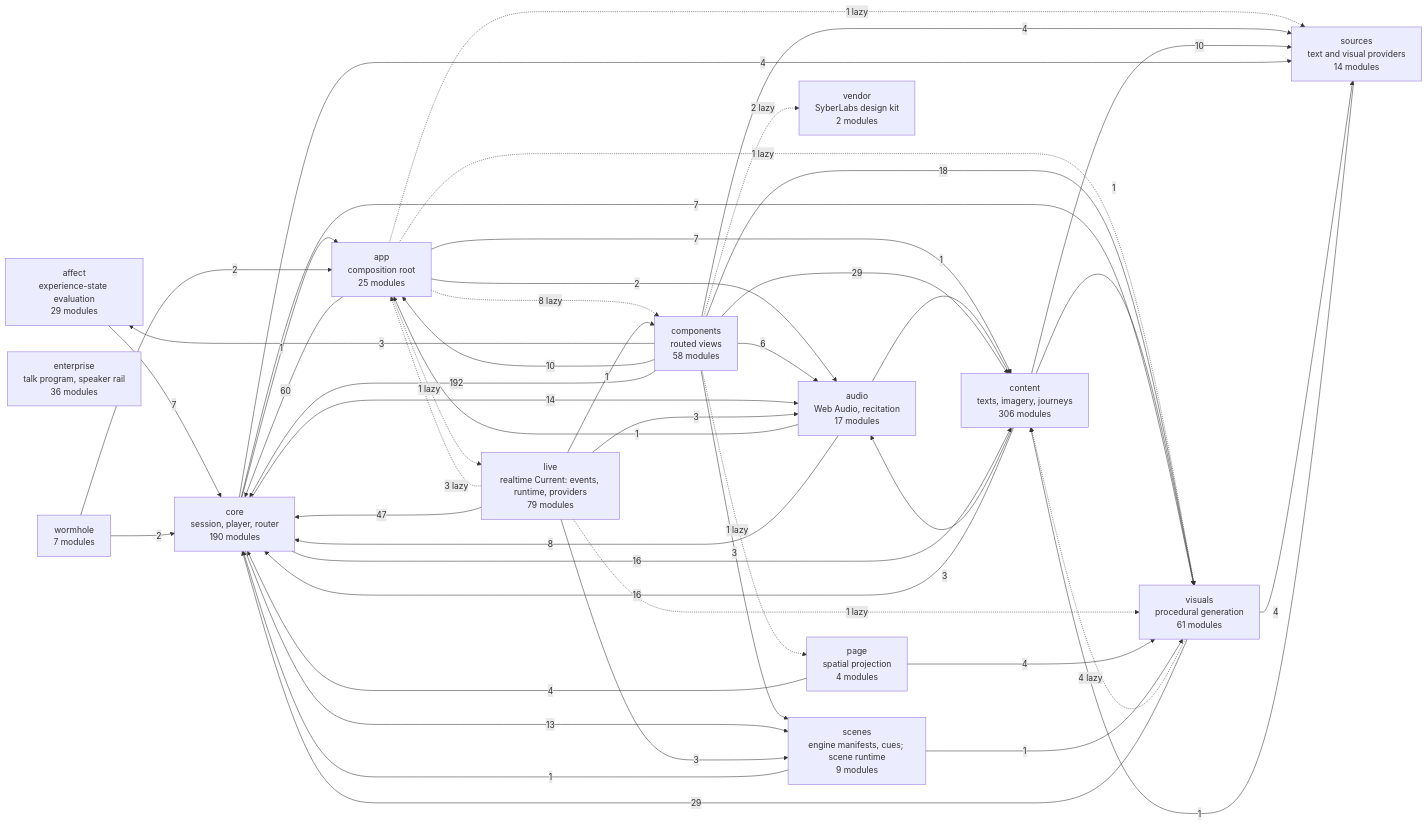
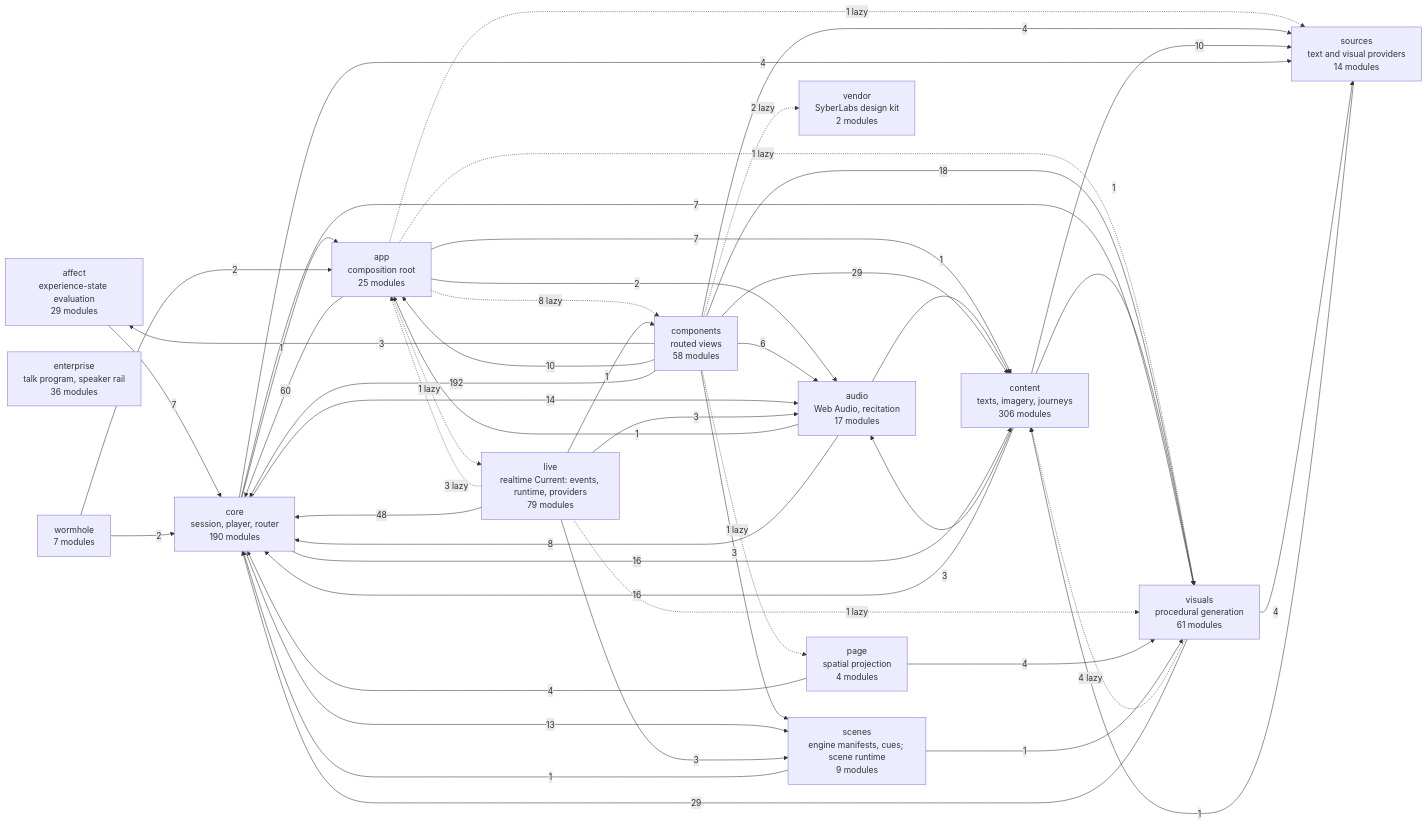
The diagram in docs/specs/ARCHITECTURE.md (SyberLabs/RISE), drawn with Mermaid before and after one commit. The commit also changed 21 other files, not shown here.

````diff
--- a/docs/specs/ARCHITECTURE.md
+++ b/docs/specs/ARCHITECTURE.md
@@ -161,65 +161,65 @@
 ```mermaid
 flowchart LR
     affect["affect<br/>experience-state evaluation<br/>29 modules"]
     app["app<br/>composition root<br/>25 modules"]
     audio["audio<br/>Web Audio, recitation<br/>17 modules"]
     components["components<br/>routed views<br/>58 modules"]
     content["content<br/>texts, imagery, journeys<br/>306 modules"]
     core["core<br/>session, player, router<br/>190 modules"]
     enterprise["enterprise<br/>talk program, speaker rail<br/>36 modules"]
     live["live<br/>realtime Current: events, runtime, providers<br/>79 modules"]
     page["page<br/>spatial projection<br/>4 modules"]
     scenes["scenes<br/>engine manifests, cues; scene runtime<br/>9 modules"]
     sources["sources<br/>text and visual providers<br/>14 modules"]
     vendor["vendor<br/>SyberLabs design kit<br/>2 modules"]
     visuals["visuals<br/>procedural generation<br/>61 modules"]
     wormhole["wormhole<br/>7 modules"]
 
     affect --> |7| core
     app --> |2| audio
     app -.-> |8 lazy| components
     app --> |7| content
     app --> |60| core
     app -.-> |1 lazy| live
     app -.-> |1 lazy| sources
     app -.-> |1 lazy| visuals
     audio --> |1| app
     audio --> |1| content
     audio --> |8| core
     components --> |3| affect
     components --> |10| app
     components --> |6| audio
     components --> |29| content
     components --> |192| core
     components -.-> |1 lazy| page
     components --> |3| scenes
     components --> |4| sources
     components -.-> |2 lazy| vendor
     components --> |18| visuals
     content --> |3| audio
     content --> |16| core
     content --> |10| sources
     content --> |1| visuals
     core --> |1| app
     core --> |14| audio
     core --> |16| content
     core --> |13| scenes
     core --> |4| sources
     core --> |7| visuals
     live -.-> |3 lazy| app
     live --> |3| audio
     live --> |1| components
-    live --> |47| core
+    live --> |48| core
     live --> |3| scenes
     live -.-> |1 lazy| visuals
     page --> |4| core
     page --> |4| visuals
     scenes --> |1| core
     scenes --> |1| visuals
     sources --> |1| content
     visuals -.-> |4 lazy| content
     visuals --> |29| core
     visuals --> |4| sources
     wormhole --> |2| app
     wormhole --> |2| core
 ```
````
